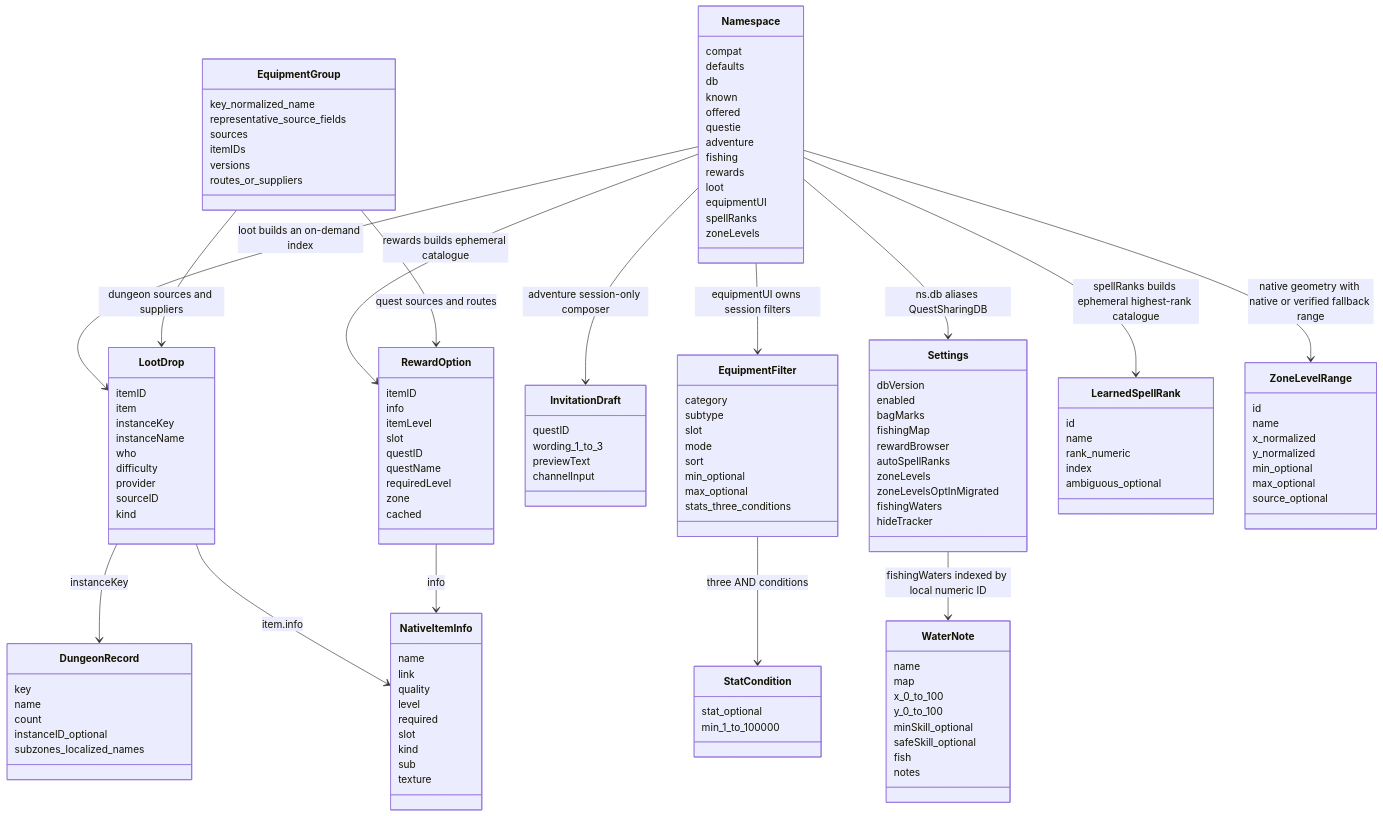
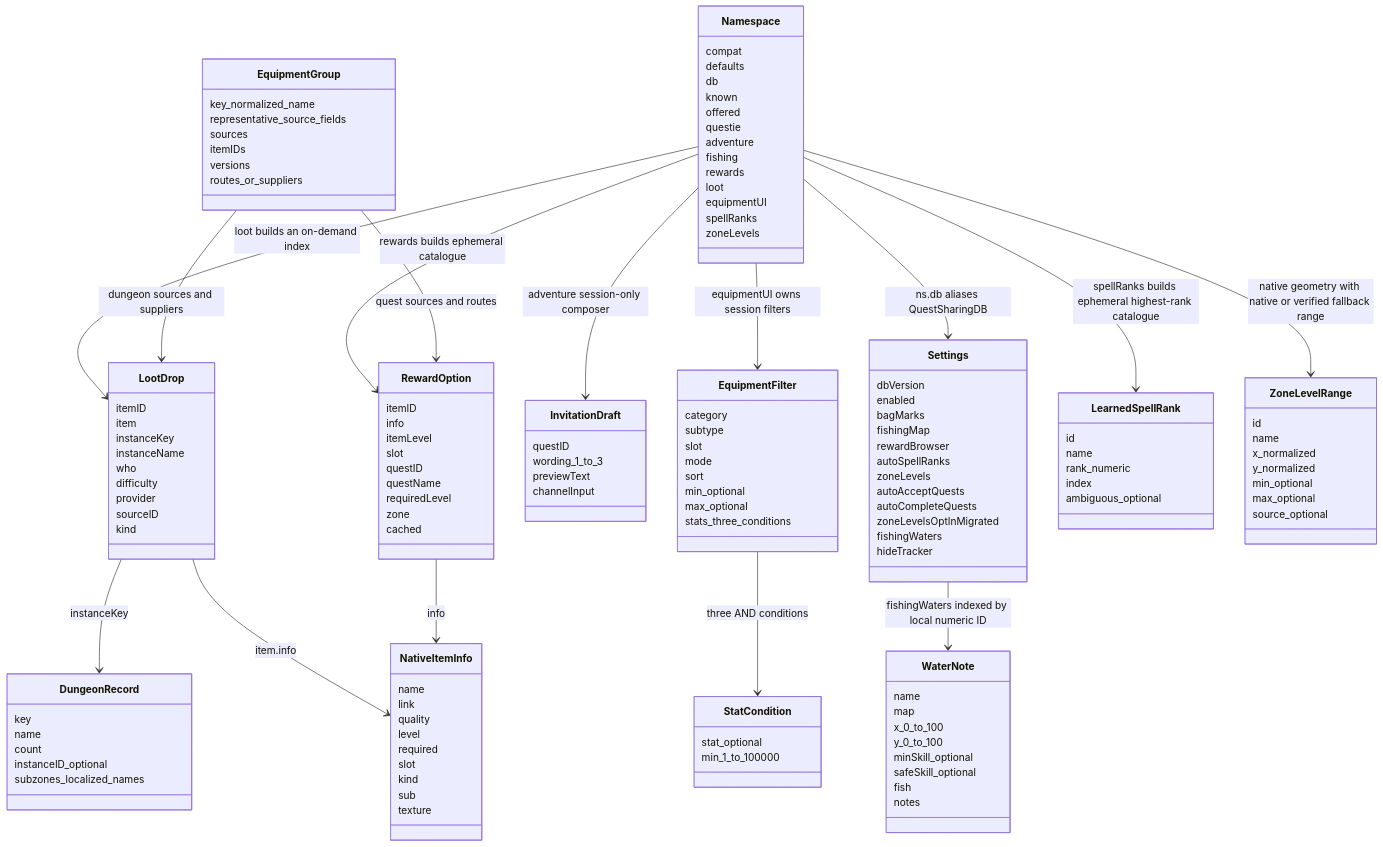
One commit to YodaGitMaster/QuestSharing changed diagram 11 of 11 in context/architecture.md. Above: the diagram before and after it, drawn with Mermaid. The commit also changed other lines of this file and 11 other files, not shown here.

```diff
--- a/context/architecture.md
+++ b/context/architecture.md
@@ -328,6 +356,8 @@
         rewardBrowser
         autoSpellRanks
         zoneLevels
+        autoAcceptQuests
+        autoCompleteQuests
         zoneLevelsOptInMigrated
         fishingWaters
         hideTracker
```
